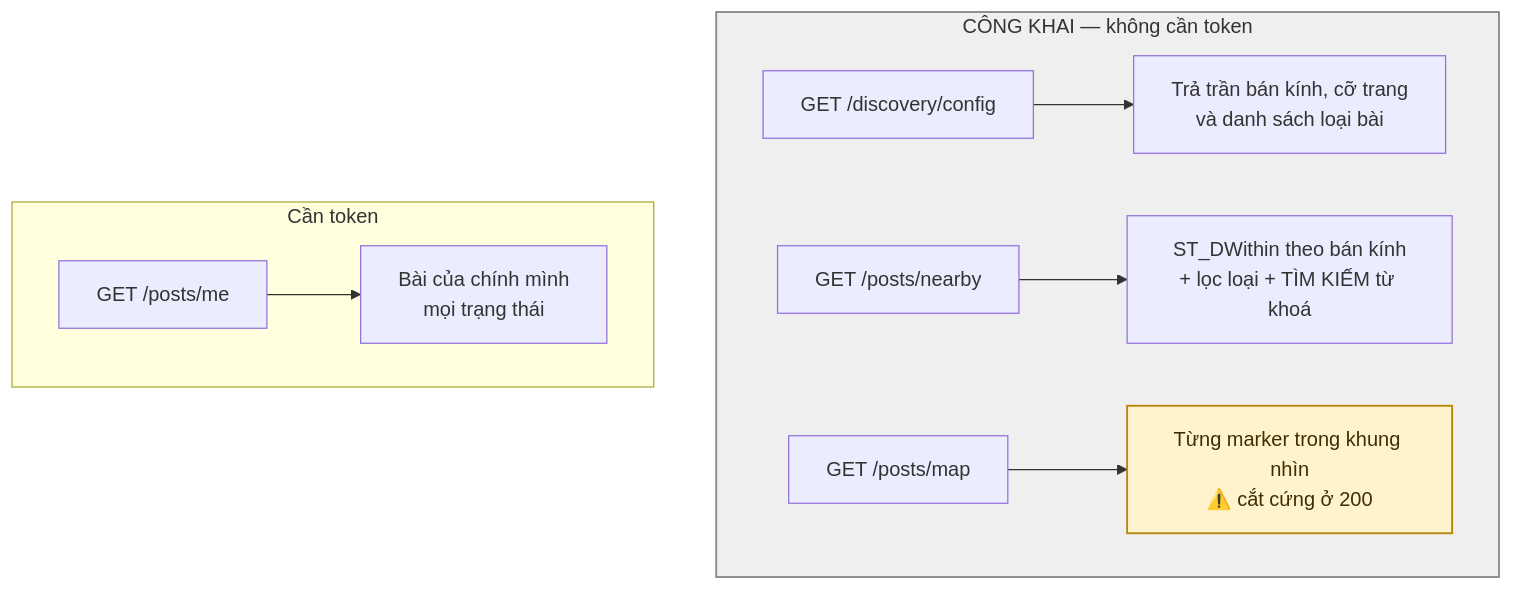
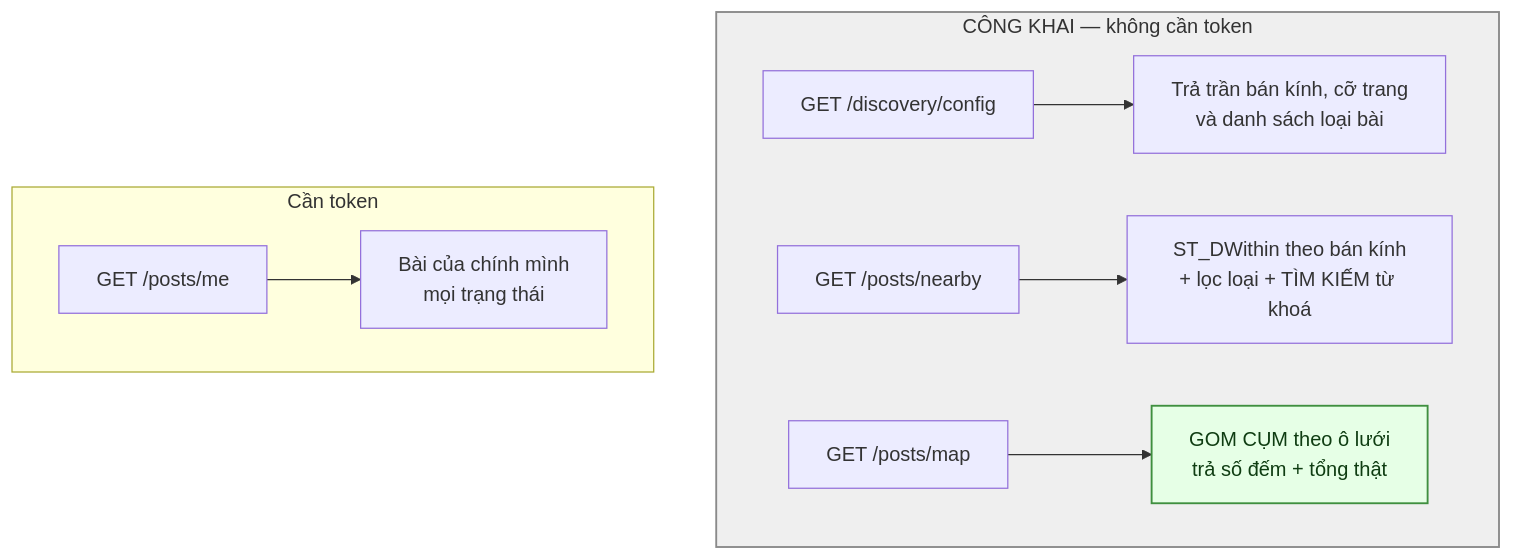
The first of 6 diagrams in docs/diagram/05-feed.md (fdshn/trueheart), drawn with Mermaid before and after one commit. The commit also changed other lines of this file and 12 other files, not shown here.

````diff
--- a/docs/diagram/05-feed.md
+++ b/docs/diagram/05-feed.md
@@ -7,14 +7,14 @@
 ```mermaid
 flowchart TD
     subgraph CongKhai["CÔNG KHAI — không cần token"]
         G1["GET /discovery/config"] --> G2[Trả trần bán kính, cỡ trang<br/>và danh sách loại bài]
         N1["GET /posts/nearby"] --> N2["ST_DWithin theo bán kính<br/>+ lọc loại + TÌM KIẾM từ khoá"]
-        M1["GET /posts/map"] --> M2["Từng marker trong khung nhìn<br/>⚠️ cắt cứng ở 200"]
+        M1["GET /posts/map"] --> M2["GOM CỤM theo ô lưới<br/>trả số đếm + tổng thật"]
     end
     subgraph Rieng["Cần token"]
         O1["GET /posts/me"] --> O2[Bài của chính mình<br/>mọi trạng thái]
     end
 
     style CongKhai fill:#8c8c8c24,stroke:#8a8a8a,stroke-width:1.5px
-    style M2 fill:#fff3cd,stroke:#b8860b,stroke-width:1.5px,color:#3d2f00
+    style M2 fill:#e6ffe6,stroke:#3f8f3f,stroke-width:1.5px,color:#0f3d12
 ```
````
